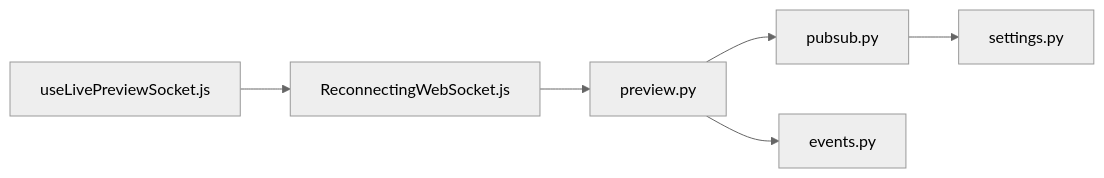
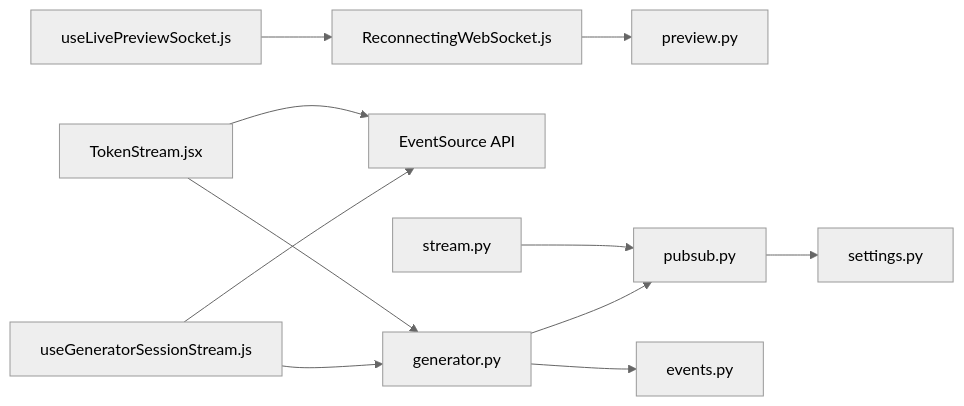
One commit to rohitkumarnaidu/-Auto-AI-Automated-Academic-Docx-Manuscript-Formatter changed the sixth of 6 diagrams in .qoder/repowiki/en/content/Frontend Development/Real-time Features/WebSocket Implementation.md. Above: the diagram before and after it, drawn with Mermaid (neutral theme). The commit also changed other lines of this file and 160 other files, not shown here.

````diff
--- a/.qoder/repowiki/en/content/Frontend Development/Real-time Features/WebSocket Implementation.md
+++ b/.qoder/repowiki/en/content/Frontend Development/Real-time Features/WebSocket Implementation.md
@@ -321,8 +399,13 @@
 ```mermaid
 graph LR
-FE_Hook["useLivePreviewSocket.js"] --> FE_RWS["ReconnectingWebSocket.js"]
+FE_Live["useLivePreviewSocket.js"] --> FE_RWS["ReconnectingWebSocket.js"]
+FE_Gen["useGeneratorSessionStream.js"] --> FE_ES["EventSource API"]
+FE_Token["TokenStream.jsx"] --> FE_ES
 FE_RWS --> BE_WS["preview.py"]
-BE_WS --> BE_PS["pubsub.py"]
+FE_Gen --> BE_Gen["generator.py"]
+FE_Token --> BE_Gen
+BE_Gen --> BE_PS["pubsub.py"]
 BE_PS --> BE_Settings["settings.py"]
-BE_WS --> BE_Events["events.py"]
+BE_Gen --> BE_Events["events.py"]
+BE_Stream["stream.py"] --> BE_PS
 ```
````
